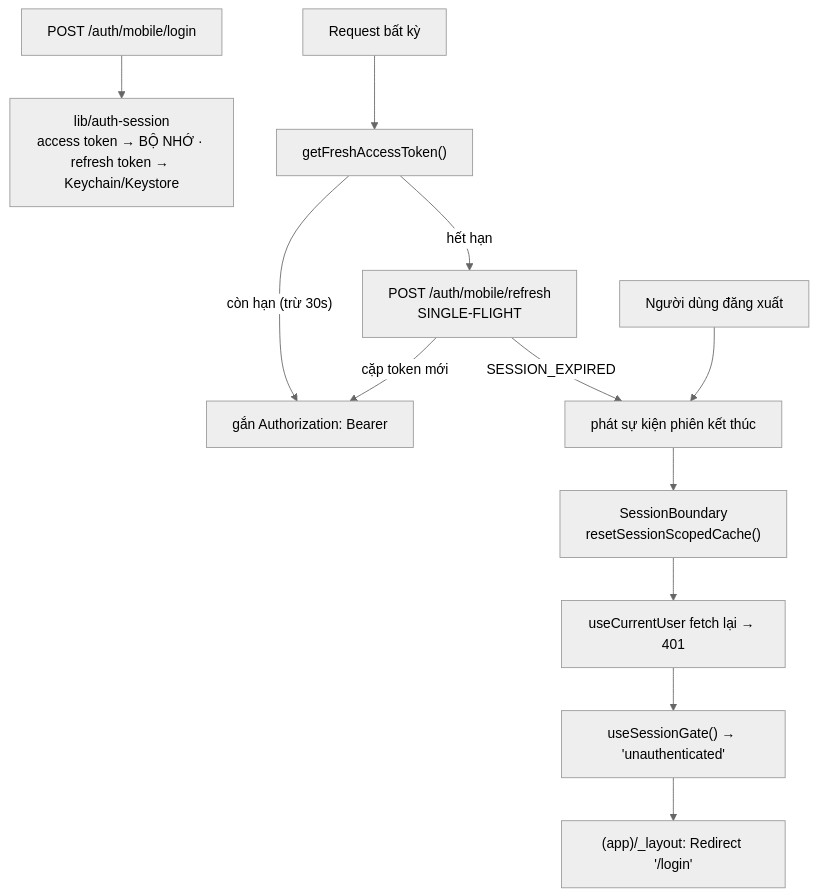
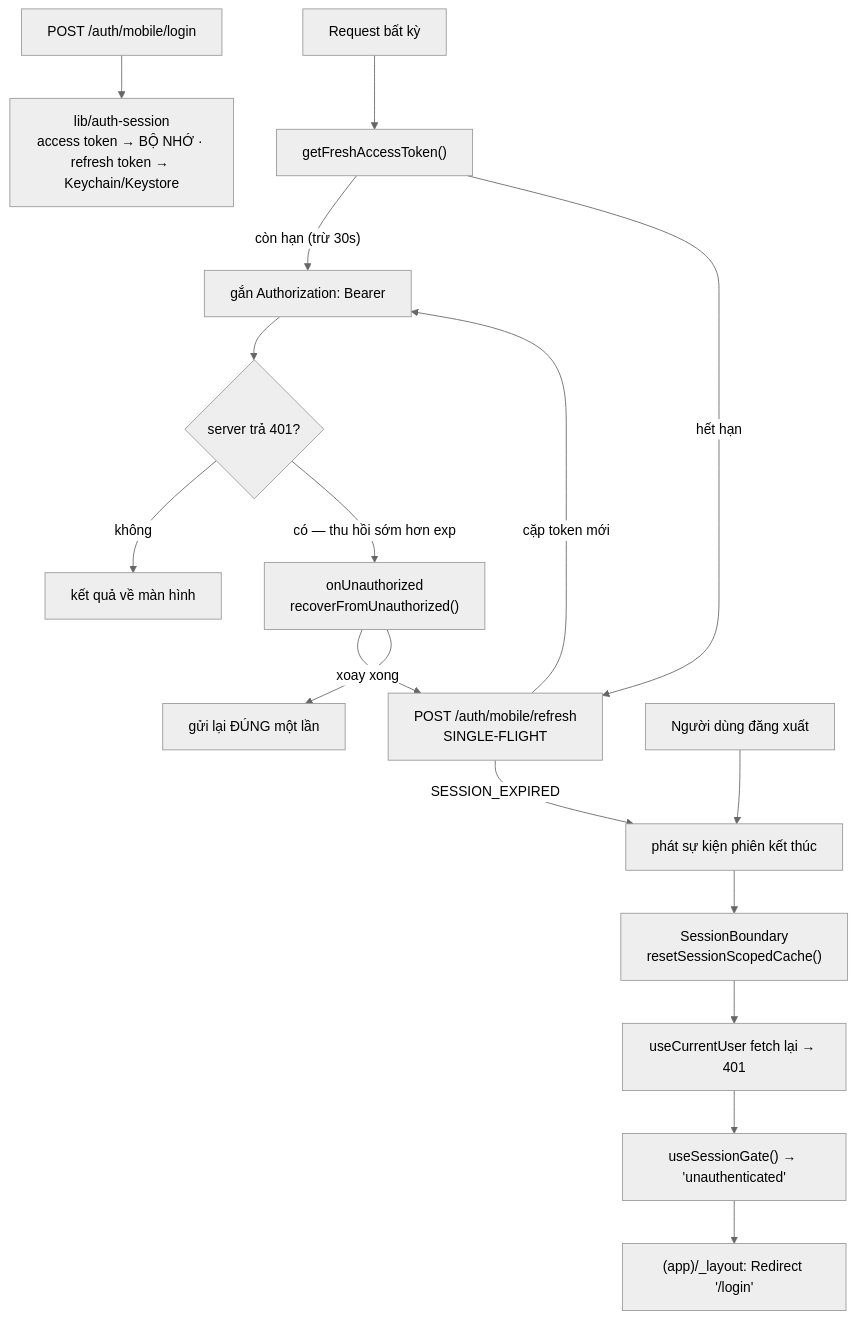
One commit to daihanhbvt/xeprime changed the fourth of 4 diagrams in apps/mobile/README.md. Above: the diagram before and after it, drawn with Mermaid (neutral theme). The commit also changed other lines of this file and 2 other files, not shown here.

````diff
--- a/apps/mobile/README.md
+++ b/apps/mobile/README.md
@@ -212,14 +213,19 @@
 ```mermaid
 flowchart TD
   L["POST /auth/mobile/login"] --> T["lib/auth-session<br/>access token → BỘ NHỚ · refresh token → Keychain/Keystore"]
   R["Request bất kỳ"] --> G["getFreshAccessToken()"]
   G -->|"còn hạn (trừ 30s)"| H["gắn Authorization: Bearer"]
   G -->|"hết hạn"| F["POST /auth/mobile/refresh<br/>SINGLE-FLIGHT"]
   F -->|"cặp token mới"| H
+  H --> V{"server trả 401?"}
+  V -->|không| OK["kết quả về màn hình"]
+  V -->|"có — thu hồi sớm hơn exp"| U["onUnauthorized<br/>recoverFromUnauthorized()"]
+  U --> F
+  U -->|"xoay xong"| RETRY["gửi lại ĐÚNG một lần"]
   F -->|"SESSION_EXPIRED"| E["phát sự kiện phiên kết thúc"]
   O["Người dùng đăng xuất"] --> E
   E --> B["SessionBoundary<br/>resetSessionScopedCache()"]
   B --> Q["useCurrentUser fetch lại → 401"]
   Q --> S["useSessionGate() → 'unauthenticated'"]
   S --> N["(app)/_layout: Redirect '/login'"]
 ```
````
